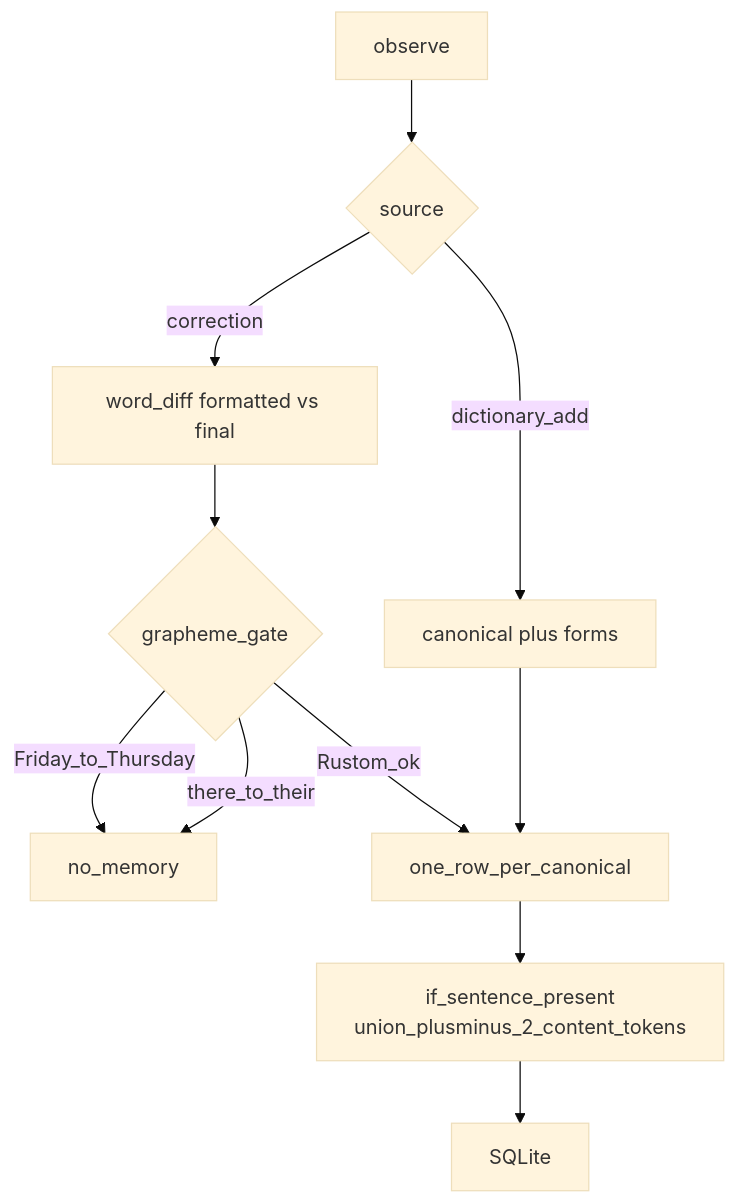
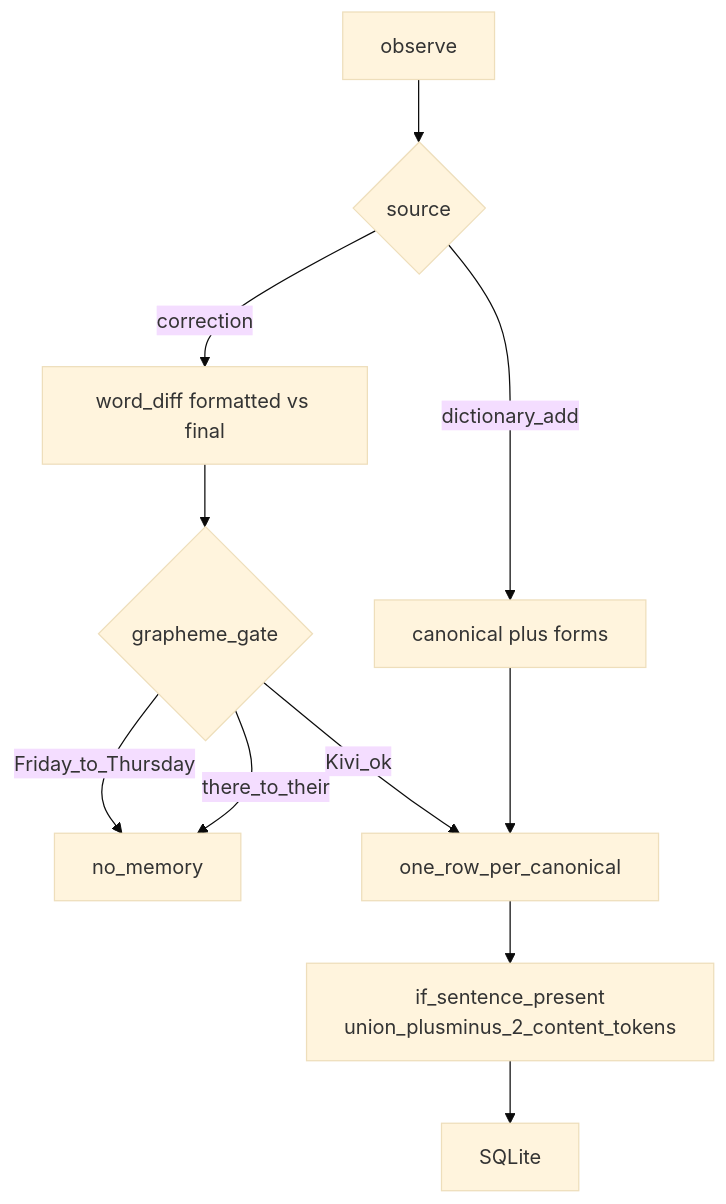
One commit to Akshit11318/kivi-memory-backend-akshit changed the fourth of 9 diagrams in README.md. Above: the diagram before and after it, drawn with Mermaid (base theme). The commit also changed other lines of this file and 39 other files, not shown here.

````diff
--- a/README.md
+++ b/README.md
@@ -99,13 +122,13 @@
 ```mermaid
 flowchart TB
   In[observe] --> Src{source}
   Src -->|dictionary_add| Dict[canonical plus forms]
   Src -->|correction| Diff[word_diff formatted vs final]
   Diff --> Gate{grapheme_gate}
   Gate -->|Friday_to_Thursday| NoLearn[no_memory]
   Gate -->|there_to_their| NoLearn
-  Gate -->|Rustom_ok| Upsert
+  Gate -->|Kivi_ok| Upsert
   Dict --> Upsert[one_row_per_canonical]
   Upsert --> Cues[if_sentence_present\nunion_plusminus_2_content_tokens]
   Cues --> Store[SQLite]
 ```
````
